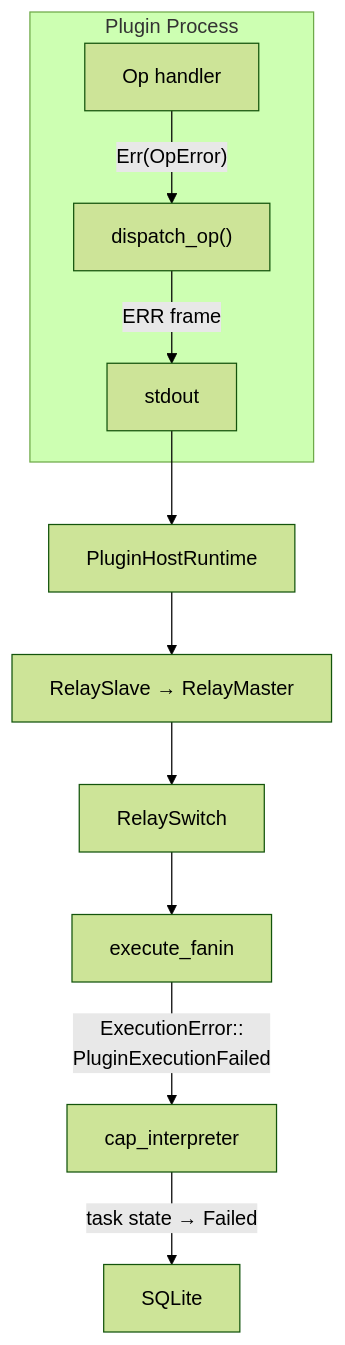
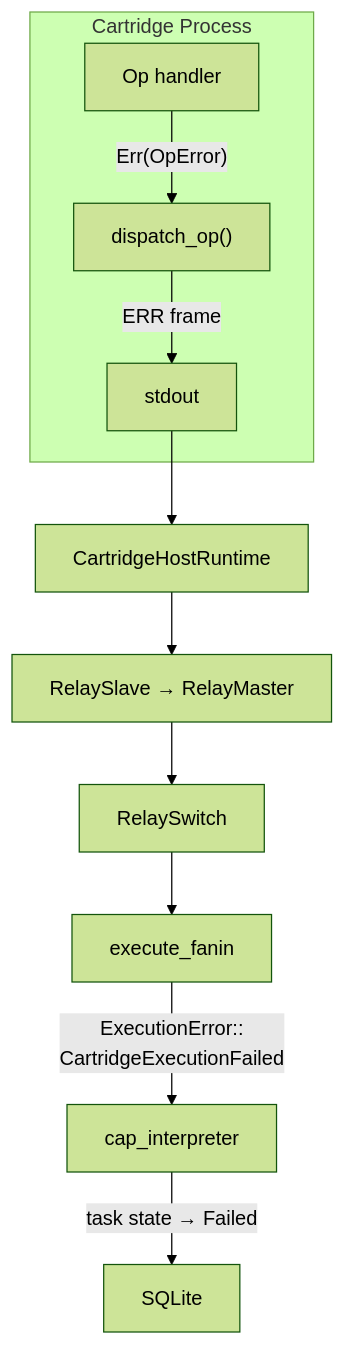
One commit to machinefabric/capns changed the second of 3 diagrams in docs/17.2-ERROR-HANDLING.md. Above: the diagram before and after it, drawn with Mermaid (forest theme). The commit also changed other lines of this file and 53 other files, not shown here.

````diff
--- a/docs/17.2-ERROR-HANDLING.md
+++ b/docs/17.2-ERROR-HANDLING.md
@@ -101,14 +101,14 @@
 ```mermaid
 graph TD
-    subgraph "Plugin Process"
+    subgraph "Cartridge Process"
         OP["Op handler"] -->|"Err(OpError)"| DR["dispatch_op()"]
         DR -->|"ERR frame"| STDOUT["stdout"]
     end
 
-    STDOUT --> PHR["PluginHostRuntime"]
+    STDOUT --> PHR["CartridgeHostRuntime"]
     PHR --> RS["RelaySlave → RelayMaster"]
     RS --> SW["RelaySwitch"]
     SW --> EF["execute_fanin"]
-    EF -->|"ExecutionError::<br/>PluginExecutionFailed"| CI["cap_interpreter"]
+    EF -->|"ExecutionError::<br/>CartridgeExecutionFailed"| CI["cap_interpreter"]
     CI -->|"task state → Failed"| DB["SQLite"]
 ```
````
